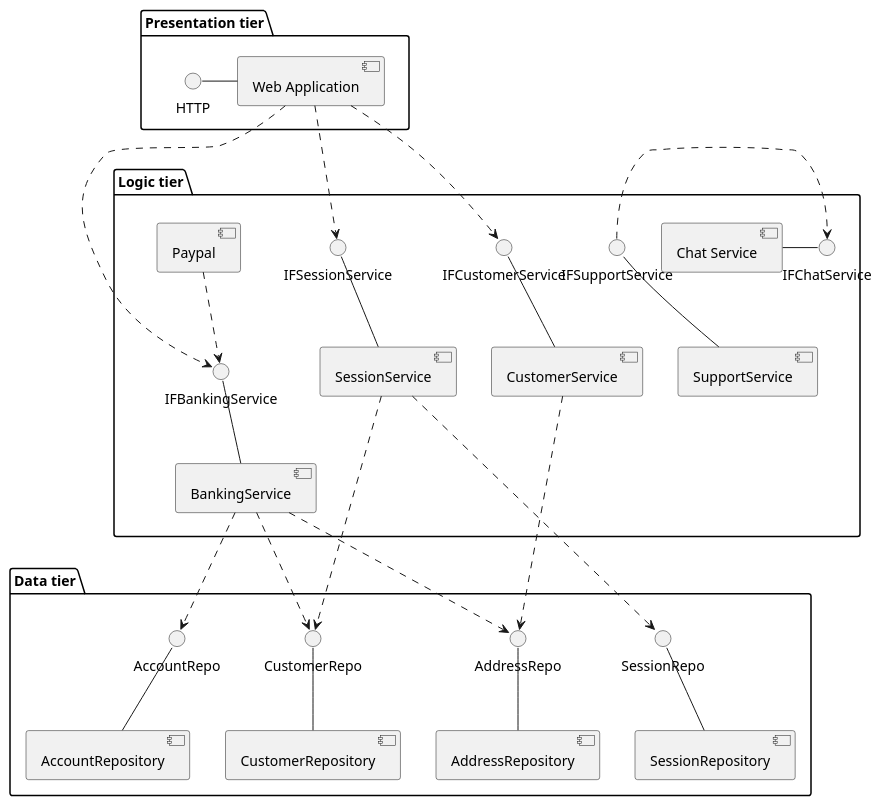
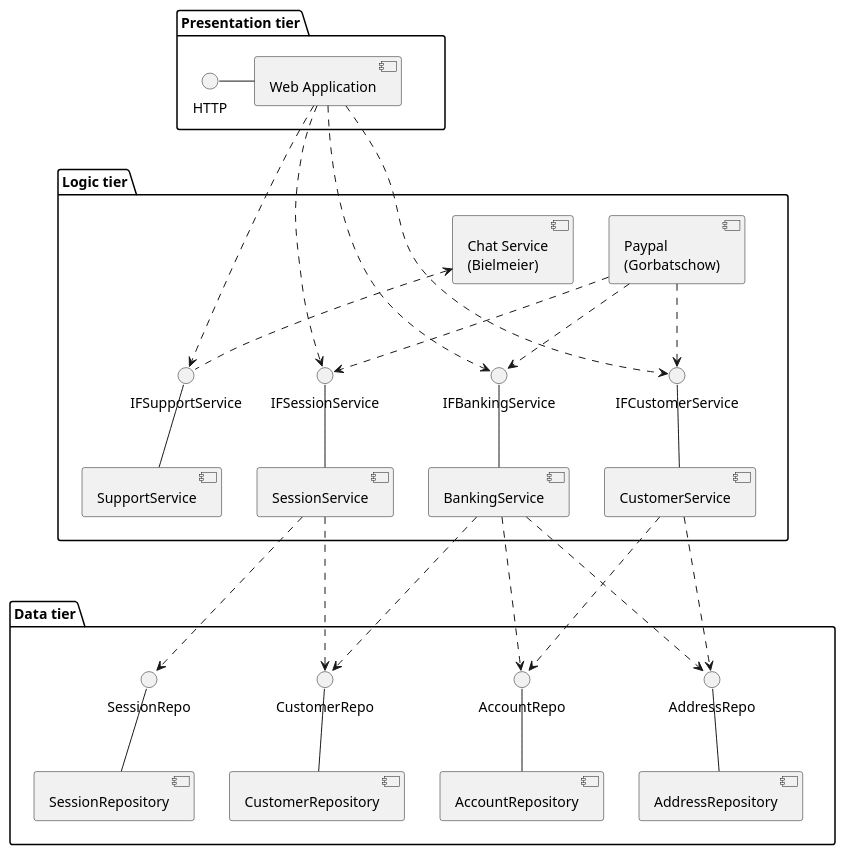
One commit to SteffBauer/sw_project changed the diagram in documentation/diagrams/DiagramComponent_BankingService.puml. Above: the diagram before and after it, drawn with PlantUML. The commit also changed 2 other files, not shown here.

Commit message:
Worked on component diagram and updated word document

```diff
--- a/documentation/diagrams/DiagramComponent_BankingService.puml
+++ b/documentation/diagrams/DiagramComponent_BankingService.puml
@@ -1,47 +1,51 @@
 @startuml
 
 package "Presentation tier" as presentation {
   HTTP - [Web Application]
 }
 
 package "Logic tier" as logic {
-  IFSupportService -- [SupportService]
-  IFBankingService -- [BankingService]
-  IFSessionService -- [SessionService]
-  IFCustomerService -- [CustomerService]
+  IFSupportService -down- [SupportService]
+  IFBankingService -down- [BankingService]
+  IFSessionService -down- [SessionService]
+  IFCustomerService -down- [CustomerService]
   
-  [Web Application] ..> IFBankingService
-  [Web Application] ..> IFSessionService
-  [Web Application] ..> IFCustomerService
+  [Web Application] .> IFBankingService
+  [Web Application] ...> IFSessionService
+  [Web Application] .> IFCustomerService
+  [Web Application] .> IFSupportService
 
   ' used Services
-  [Paypal] ..> IFBankingService
+  [Paypal\n(Gorbatschow)] .down.> IFBankingService
+  [Paypal\n(Gorbatschow)] .down.> IFCustomerService
+  [Paypal\n(Gorbatschow)] .down.> IFSessionService
 
-  [Chat Service] - IFChatService
-  IFSupportService .> IFChatService
+  IFSupportService .up.> [Chat Service\n(Bielmeier)]
 
 }
 
-package "Data tier" {
+package "Data tier" as data {
   CustomerRepo -down- [CustomerRepository]
   AccountRepo -down- [AccountRepository]
   AddressRepo -down- [AddressRepository]
   SessionRepo -down- [SessionRepository]
 
-  [BankingService] .> CustomerRepo
-  [SessionService] .> CustomerRepo
+  [BankingService] ...> CustomerRepo
+  [SessionService] ...> CustomerRepo
   
   [BankingService] .> AddressRepo
   [CustomerService] .> AddressRepo
   
   [BankingService] .> AccountRepo
+  [CustomerService] .> AccountRepo
 
   [SessionService] -..> SessionRepo
 }
 
 presentation -[hidden]-> logic
+logic -[hidden]-> data
 
 
 
 
 @enduml
```
